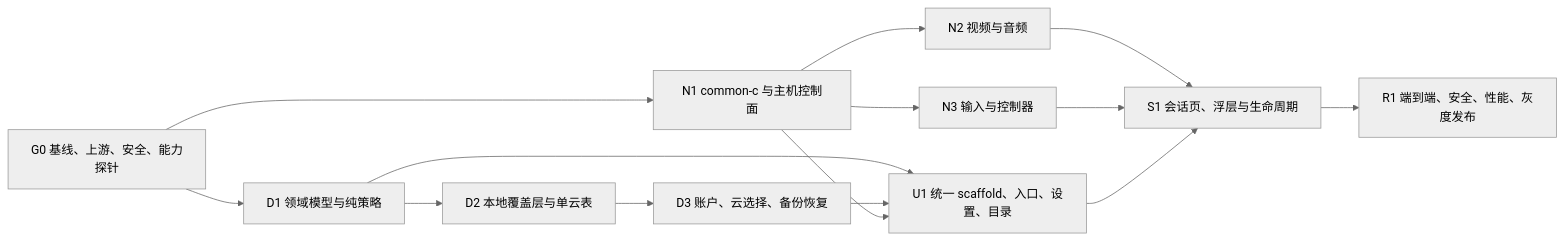
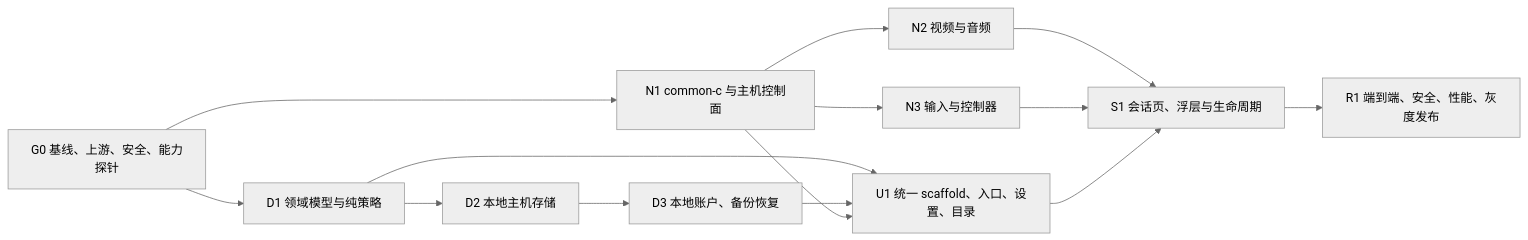
Before and after one commit to Mydstiny/RemoteDeskHarmonyOS: the fifth of 5 diagrams in docs/superpowers/plans/2026-07-28-moonlight-harmonyos-complete-upgrade-plan.md, drawn with Mermaid (neutral theme). The commit also changed other lines of this file and 4 other files, not shown here.

```diff
--- a/docs/superpowers/plans/2026-07-28-moonlight-harmonyos-complete-upgrade-plan.md
+++ b/docs/superpowers/plans/2026-07-28-moonlight-harmonyos-complete-upgrade-plan.md
@@ -2501,16 +2605,16 @@
 ~~~mermaid
 flowchart LR
   G0["G0 基线、上游、安全、能力探针"] --> D1["D1 领域模型与纯策略"]
-  D1 --> D2["D2 本地覆盖层与单云表"]
-  D2 --> D3["D3 账户、云选择、备份恢复"]
+  D1 --> D2["D2 本地主机存储"]
+  D2 --> D3["D3 本地账户、备份恢复"]
   G0 --> N1["N1 common-c 与主机控制面"]
   N1 --> N2["N2 视频与音频"]
   N1 --> N3["N3 输入与控制器"]
   D1 --> U1["U1 统一 scaffold、入口、设置、目录"]
   D3 --> U1
   N1 --> U1
   N2 --> S1["S1 会话页、浮层与生命周期"]
   N3 --> S1
   U1 --> S1
   S1 --> R1["R1 端到端、安全、性能、灰度发布"]
 ~~~
```
